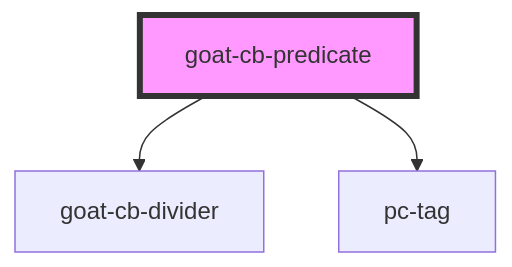
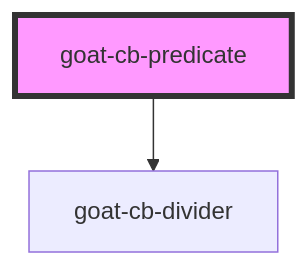
One commit to redvars/peacock changed the diagram in src/components/application/condition-builder/cb-predicate/readme.md. Above: the diagram before and after it, drawn with Mermaid. The commit also changed other lines of this file and 112 other files, not shown here.

````diff
--- a/src/components/application/condition-builder/cb-predicate/readme.md
+++ b/src/components/application/condition-builder/cb-predicate/readme.md
@@ -24,6 +23,5 @@
 ```mermaid
 graph TD;
   goat-cb-predicate --> goat-cb-divider
-  goat-cb-predicate --> pc-tag
   style goat-cb-predicate fill:#f9f,stroke:#333,stroke-width:4px
 ```
````
